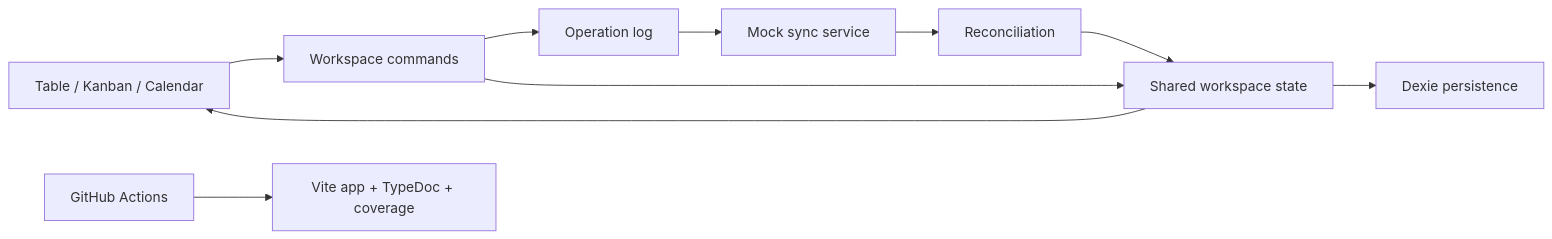
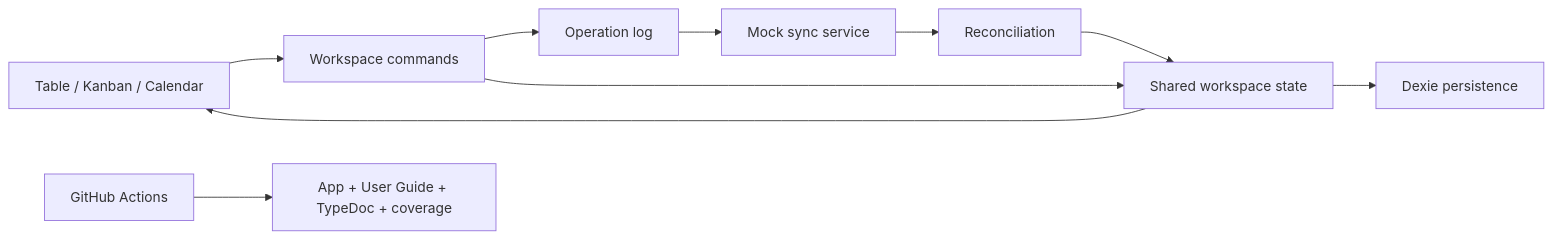
The diagram in README.md (DanieleMasone/enterprise-data-workbench), drawn with Mermaid before and after one commit. The commit also changed other lines of this file and 16 other files, not shown here.

Commit message:
docs: user guide

````diff
--- a/README.md
+++ b/README.md
@@ -37,12 +35,12 @@
 ```mermaid
 flowchart LR
   Views["Table / Kanban / Calendar"] --> Commands["Workspace commands"]
   Commands --> Operations["Operation log"]
   Commands --> Store["Shared workspace state"]
   Store --> Views
   Store --> Persistence["Dexie persistence"]
   Operations --> Sync["Mock sync service"]
   Sync --> Reconcile["Reconciliation"]
   Reconcile --> Store
-  CI["GitHub Actions"] --> Pages["Vite app + TypeDoc + coverage"]
+  CI["GitHub Actions"] --> Pages["App + User Guide + TypeDoc + coverage"]
 ```
````
